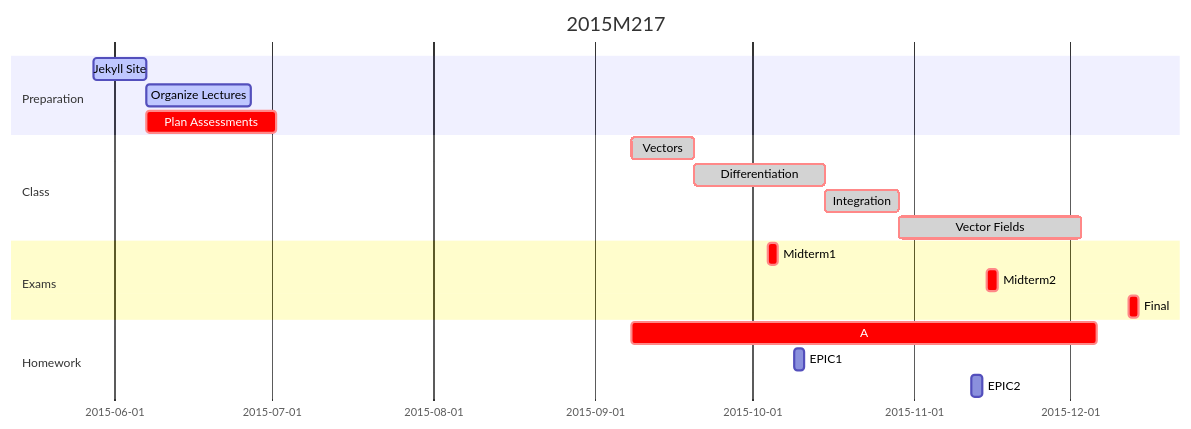
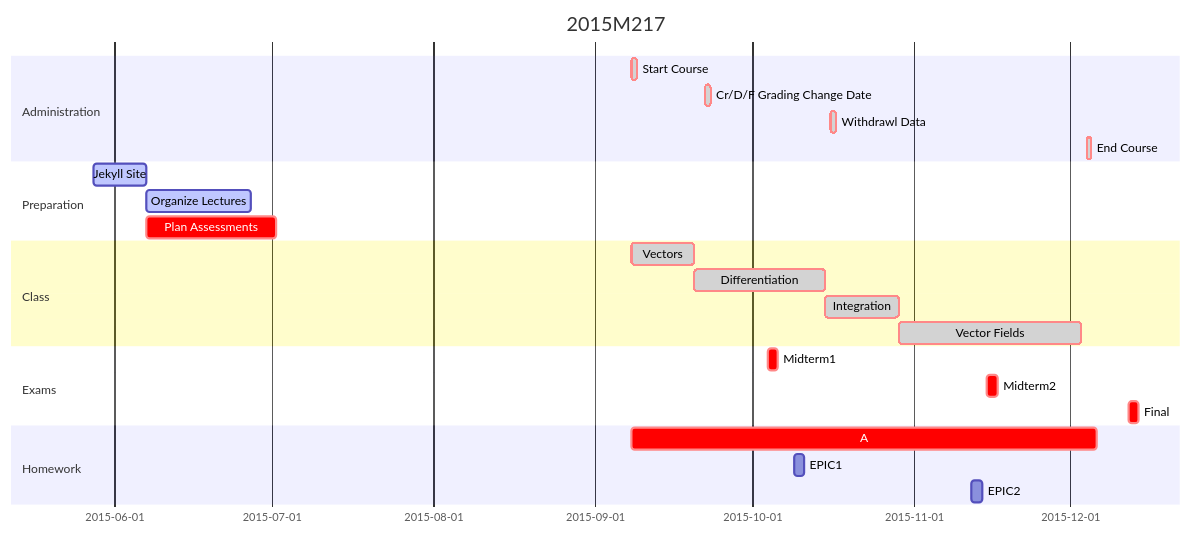
One commit to colliand/2015M217 changed the first of 2 diagrams in pages/schedule.md. Above: the diagram before and after it, drawn with Mermaid. The commit also changed other lines of this file and 14 other files, not shown here.

```diff
--- a/pages/schedule.md
+++ b/pages/schedule.md
@@ -69,27 +69,33 @@
 <div class="mermaid">
 gantt
         dateFormat  YYYY-MM-DD
         title 2015M217
+
+        section Administration
+        Start Course     :crit, done, admin1, 2015-09-08, 1d
+        Cr/D/F Grading Change Date    :crit, done, admin2, 2015-09-22, 1d
+        Withdrawl Data     :crit, done, admin3, 2015-10-16, 1d
+        End Course      :crit, done, admin4, 2015-12-04, 1d
 
         section Preparation
         Jekyll Site     :active, web1, 2015-05-28, 10d
         Organize Lectures   :active, web2, after web1, 20d
         Plan Assessments    :crit, after web1, 25d
 
         section Class
         Vectors            	:crit, done,    des1, 2015-09-08, 12d
         Differentiation		      :crit, done, des2, after des1, 25d
         Integration               :crit, done, des3, after des2, 14d
         Vector Fields               :crit, done, des4, after des3, 35d
 
         section Exams
         Midterm1	:crit, mt1, 2015-10-04, 2d
         Midterm2	:crit, mt2, 2015-11-15, 2d
         Final		:crit, final1, 2015-12-12, 2d
 
         section Homework
         A          :crit, A1, 2015-09-08, 89d
         EPIC1       : epic3, 2015-10-09, 2d
         EPIC2       : epic4, 2015-11-12, 2d
   
 </div>
```
